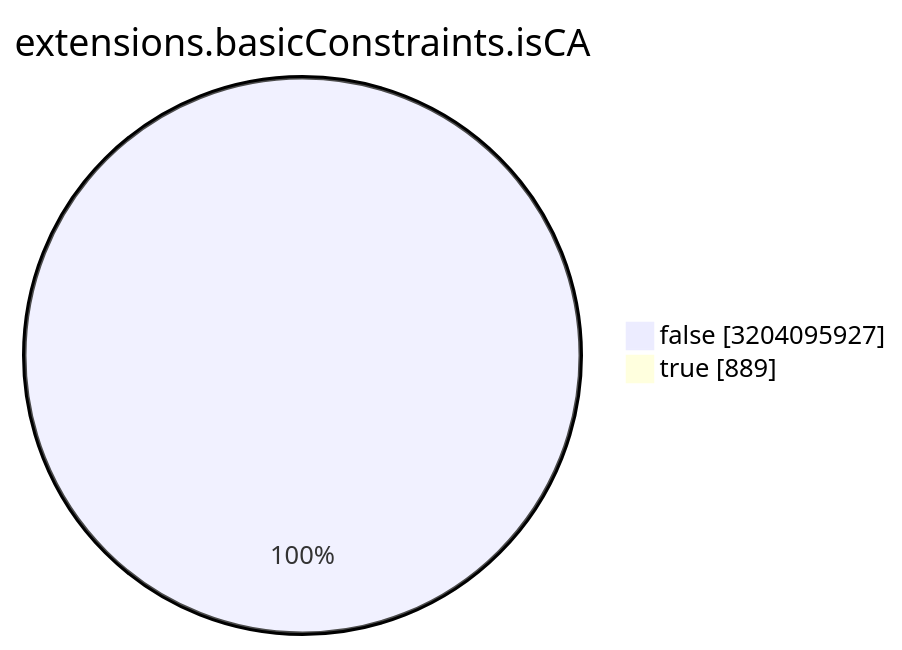
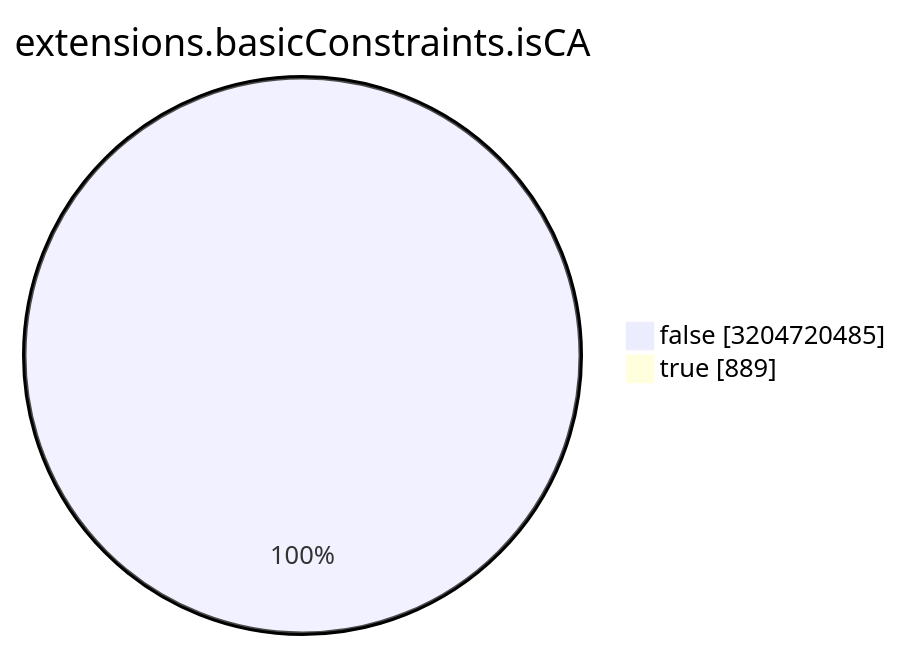
One commit to christiankrug/ctmonitor_visualization changed the seventh of 15 diagrams in TOTAL/README.md. Above: the diagram before and after it, drawn with Mermaid. The commit also changed other lines of this file, not shown here.

````diff
--- a/TOTAL/README.md
+++ b/TOTAL/README.md
@@ -3088,6 +3088,6 @@
 ```mermaid
 pie showData
 title extensions.basicConstraints.isCA
-"false" :3204095927
+"false" :3204720485
 "true" :889
 ```
````
